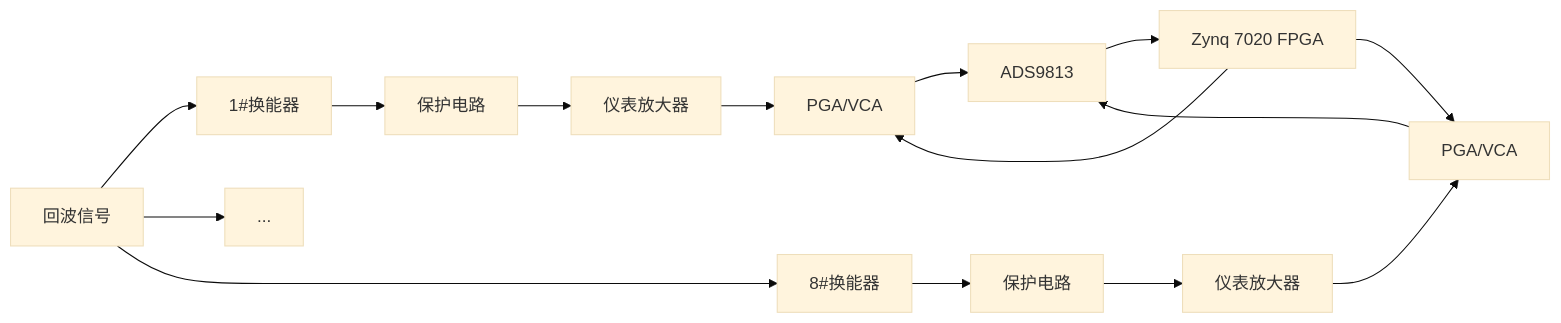
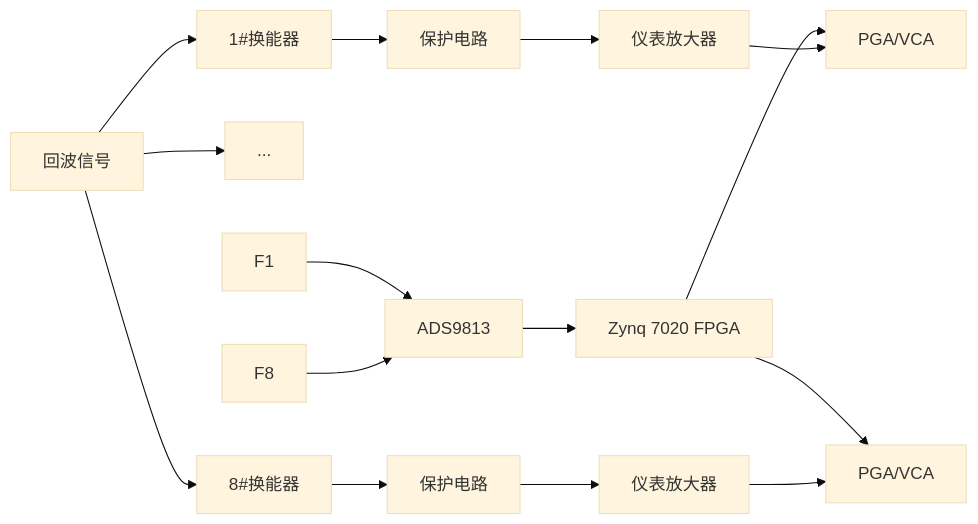
One commit to Rukawa15/iodraw-files changed the diagram in all/同步采集.md. Above: the diagram before and after it, drawn with Mermaid (base theme).

Commit message:
2025-06-19 14:38:02 update

````diff
--- a/all/同步采集.md
+++ b/all/同步采集.md
@@ -1,24 +1,24 @@
 ```mermaid
 graph LR
 A[回波信号]
 A --> B1[1#换能器]
 A --> ...
 A --> B8[8#换能器]
 
 B1 --> C1[保护电路]
 B8 --> C8[保护电路]
 
 C1 --> D1[仪表放大器]
 C8 --> D8[仪表放大器]
 H[Zynq 7020 ARM] --> E1
 H[Zynq 7020 ARM] --> E8
 D1 --> E1[PGA/VCA]
 D8 --> E8[PGA/VCA]
 
-E1 --> G[ADS9813]
-E8 --> G[ADS9813] 
+F1 --> G[ADS9813]
+F8 --> G[ADS9813] 
 
 G --> H[Zynq 7020 FPGA]
 
 
 ```
````
